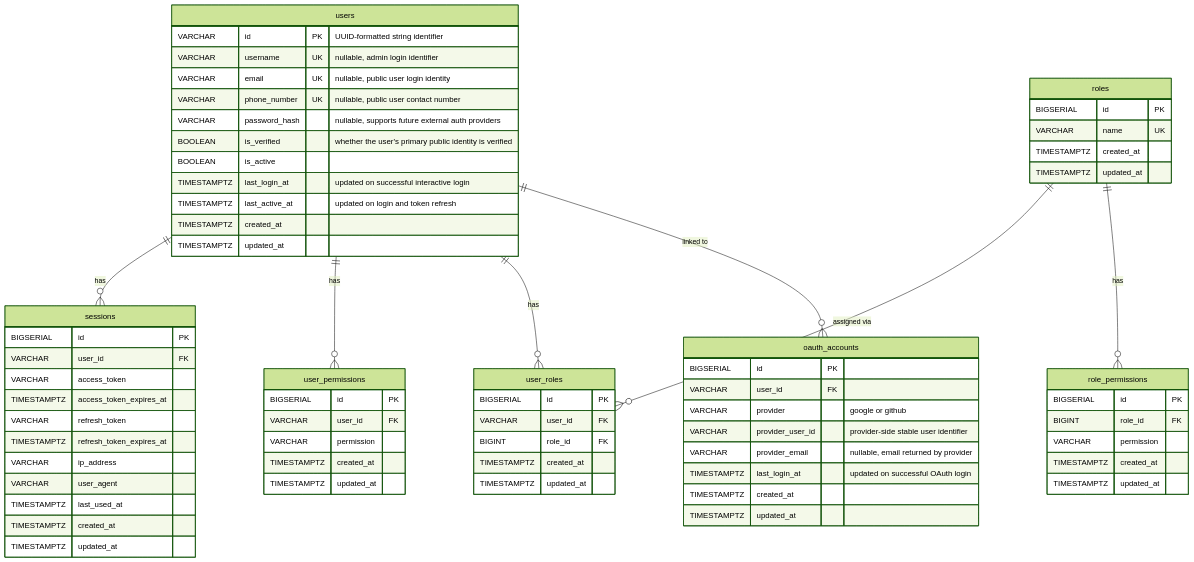
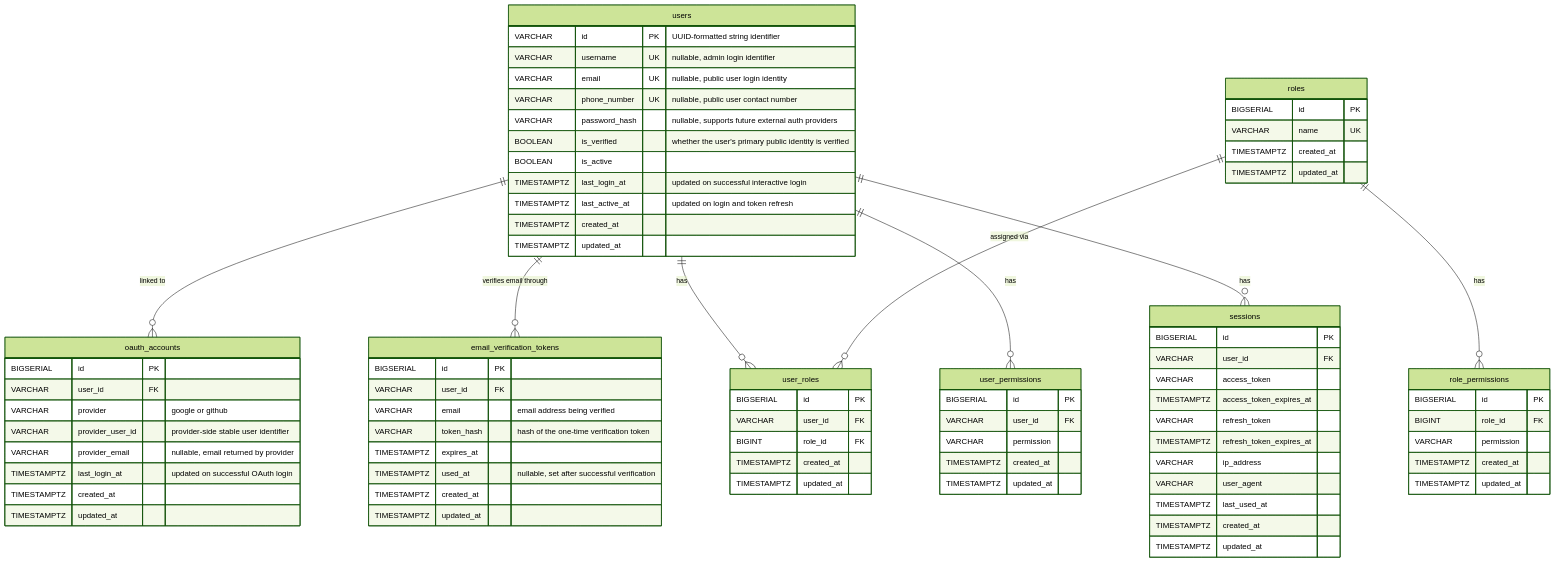
Before and after one commit to Jaxongir1006/ai-interview-prep-api: the diagram in docs/specs/modules/auth/ERD.md, drawn with Mermaid (forest theme). The commit also changed other lines of this file and 53 other files, not shown here.

```diff
--- a/docs/specs/modules/auth/ERD.md
+++ b/docs/specs/modules/auth/ERD.md
@@ -23,6 +23,17 @@
         VARCHAR provider_user_id "provider-side stable user identifier"
         VARCHAR provider_email "nullable, email returned by provider"
         TIMESTAMPTZ last_login_at "updated on successful OAuth login"
+        TIMESTAMPTZ created_at
+        TIMESTAMPTZ updated_at
+    }
+
+    email_verification_tokens {
+        BIGSERIAL id PK
+        VARCHAR user_id FK
+        VARCHAR email "email address being verified"
+        VARCHAR token_hash "hash of the one-time verification token"
+        TIMESTAMPTZ expires_at
+        TIMESTAMPTZ used_at "nullable, set after successful verification"
         TIMESTAMPTZ created_at
         TIMESTAMPTZ updated_at
     }
@@ -73,6 +84,7 @@
     }
 
     users ||--o{ oauth_accounts : "linked to"
+    users ||--o{ email_verification_tokens : "verifies email through"
     users ||--o{ user_roles : "has"
     users ||--o{ user_permissions : "has"
     users ||--o{ sessions : "has"
```
